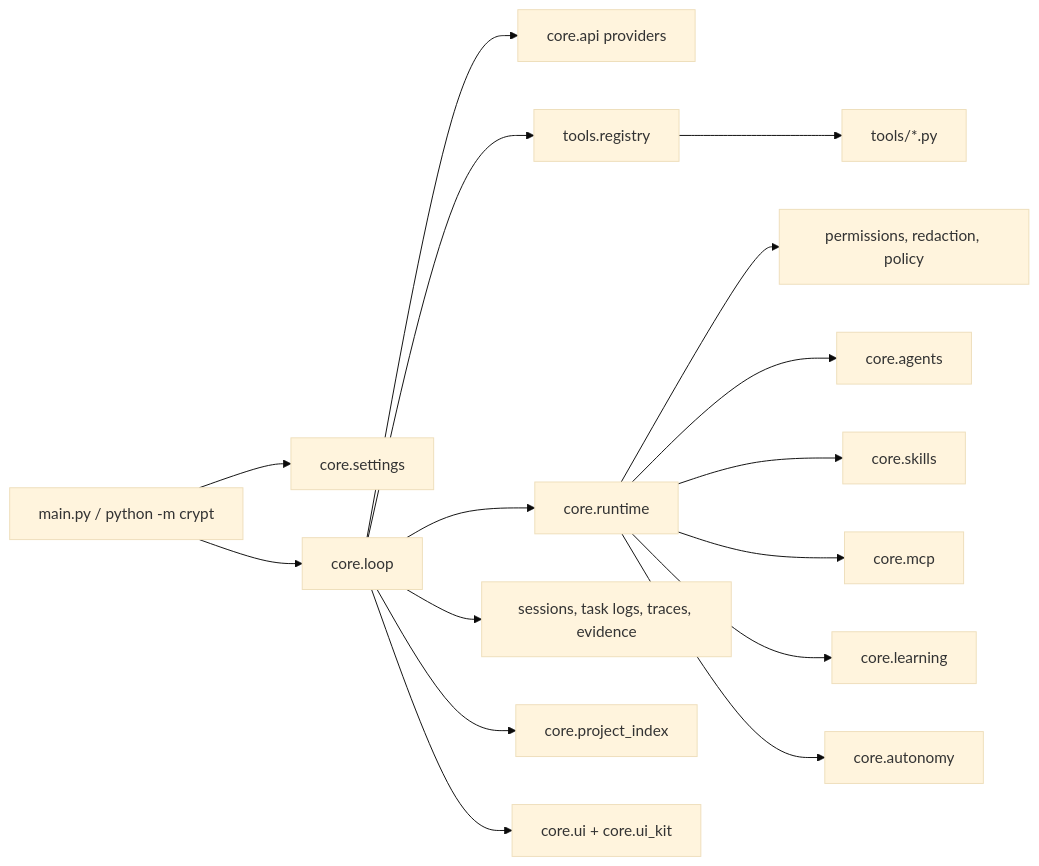
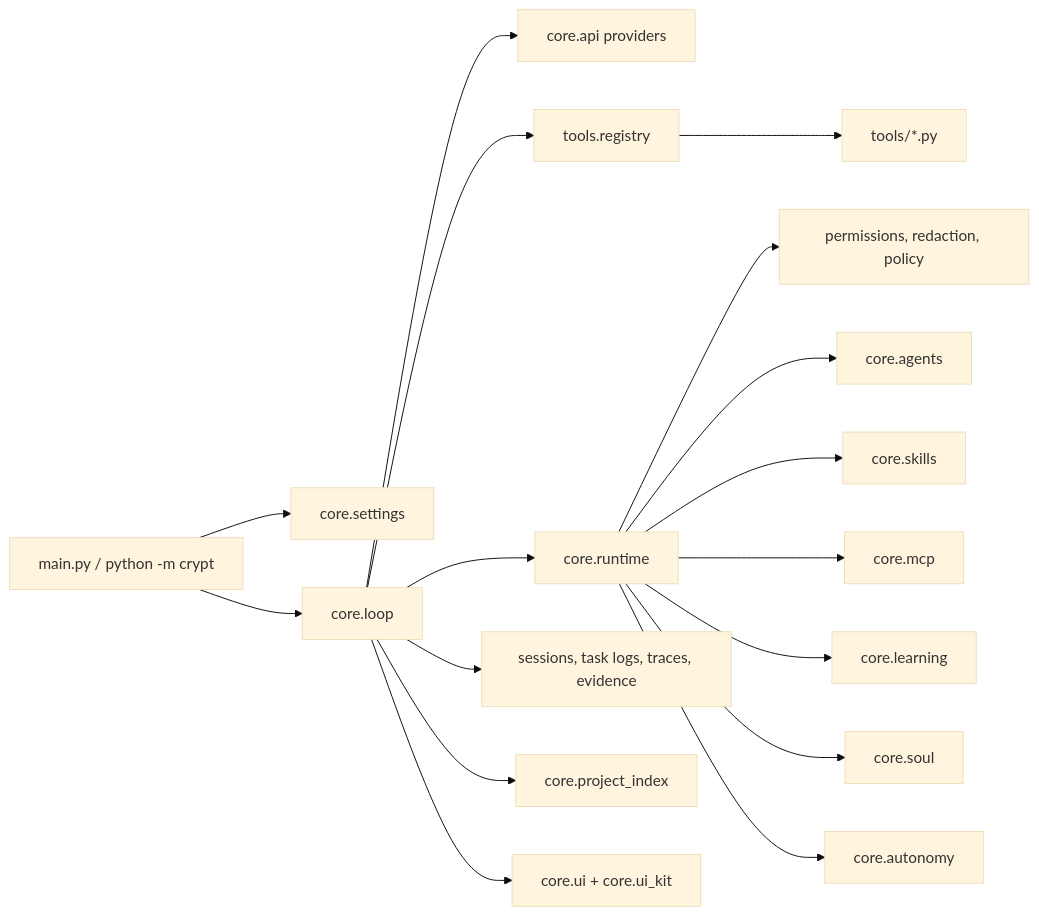
The diagram in docs/ARCHITECTURE.md (clout2buy/CryptCore), drawn with Mermaid (base theme) before and after one commit. The commit also changed other lines of this file and 12 other files, not shown here.

````diff
--- a/docs/ARCHITECTURE.md
+++ b/docs/ARCHITECTURE.md
@@ -6,18 +6,19 @@
 ```mermaid
 flowchart LR
     CLI["main.py / python -m crypt"] --> Settings["core.settings"]
     CLI --> Loop["core.loop"]
     Loop --> Providers["core.api providers"]
     Loop --> Registry["tools.registry"]
     Registry --> Tools["tools/*.py"]
     Loop --> Runtime["core.runtime"]
     Runtime --> Safety["permissions, redaction, policy"]
     Runtime --> Agents["core.agents"]
     Runtime --> Skills["core.skills"]
     Runtime --> MCP["core.mcp"]
     Runtime --> Learning["core.learning"]
+    Runtime --> Soul["core.soul"]
     Runtime --> Autonomy["core.autonomy"]
     Loop --> Store["sessions, task logs, traces, evidence"]
     Loop --> Project["core.project_index"]
     Loop --> UI["core.ui + core.ui_kit"]
 ```
````
